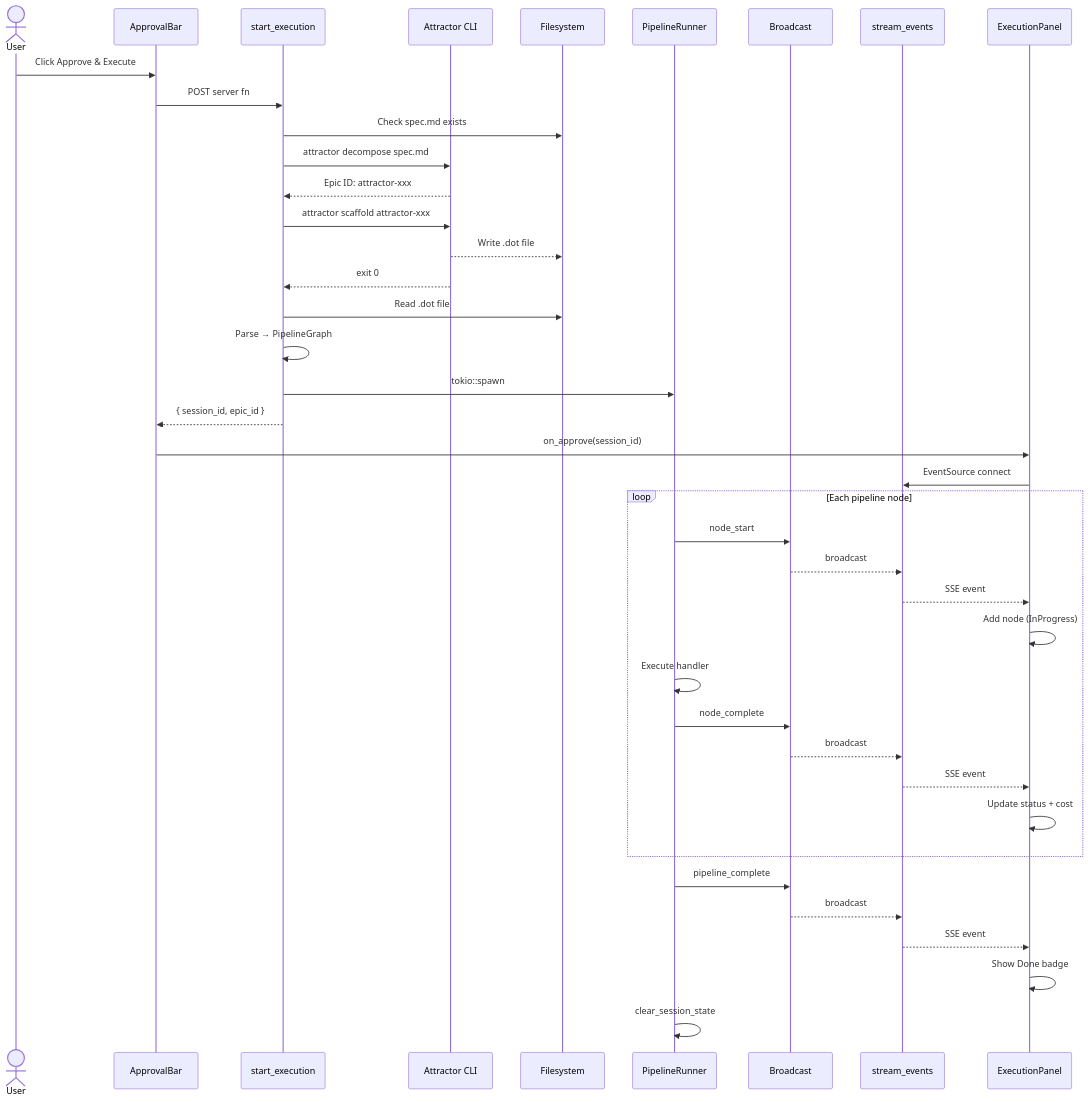
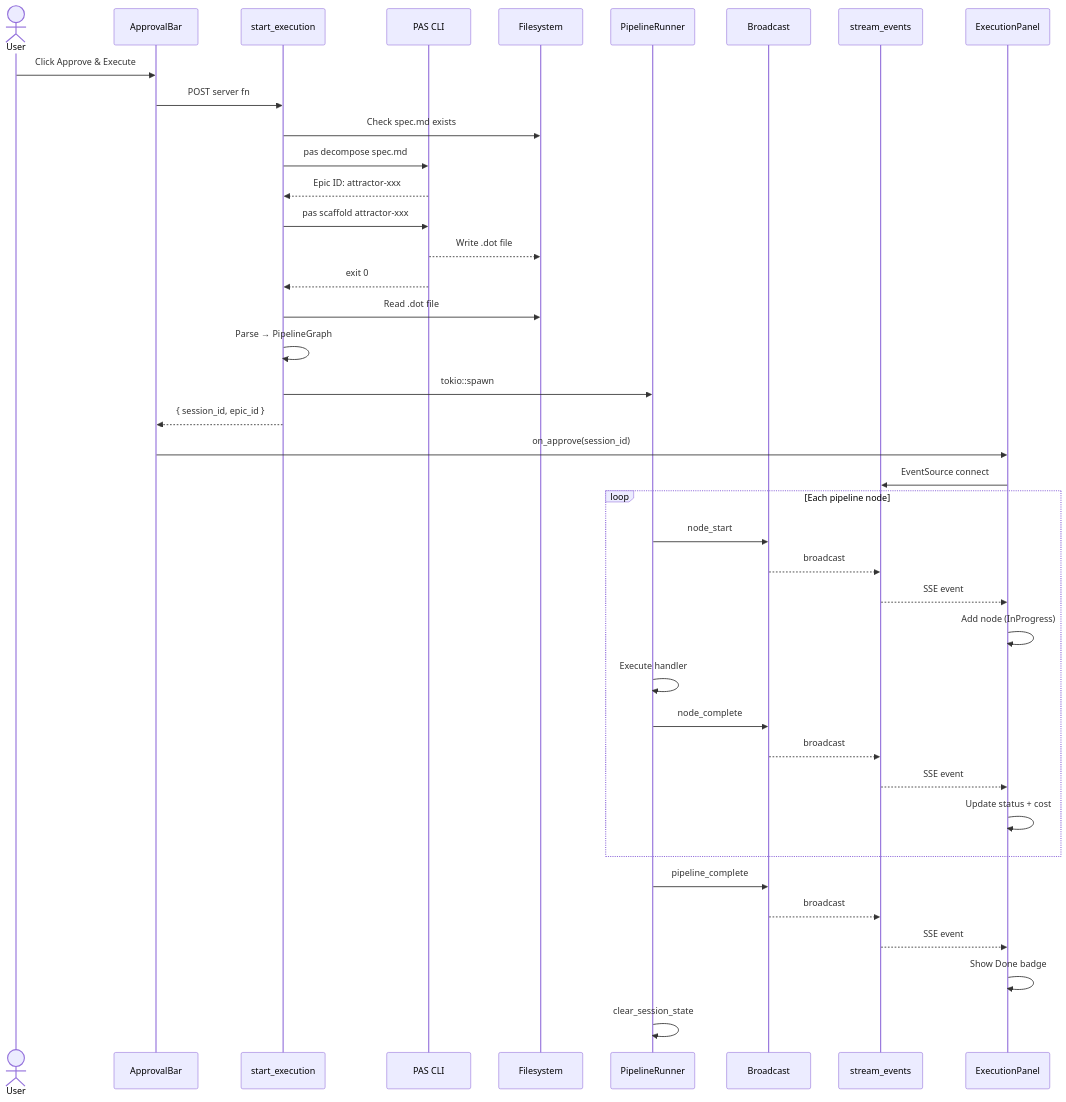
Before and after one commit to citadelgrad/connect-the-bots: the fourth of 4 diagrams in docs/accept-execute-c4.md, drawn with Mermaid. The commit also changed other lines of this file and 38 other files, not shown here.

````diff
--- a/docs/accept-execute-c4.md
+++ b/docs/accept-execute-c4.md
@@ -134,51 +134,51 @@
 ```mermaid
 sequenceDiagram
     actor User
     participant AB as ApprovalBar
     participant SE as start_execution
-    participant CLI as Attractor CLI
+    participant CLI as PAS CLI
     participant FS as Filesystem
     participant PR as PipelineRunner
     participant BC as Broadcast
     participant SSE as stream_events
     participant EP as ExecutionPanel
 
     User->>AB: Click Approve & Execute
     AB->>SE: POST server fn
 
     SE->>FS: Check spec.md exists
-    SE->>CLI: attractor decompose spec.md
+    SE->>CLI: pas decompose spec.md
     CLI-->>SE: Epic ID: attractor-xxx
 
-    SE->>CLI: attractor scaffold attractor-xxx
+    SE->>CLI: pas scaffold attractor-xxx
     CLI-->>FS: Write .dot file
     CLI-->>SE: exit 0
 
     SE->>FS: Read .dot file
     SE->>SE: Parse → PipelineGraph
     SE->>PR: tokio::spawn
     SE-->>AB: { session_id, epic_id }
 
     AB->>EP: on_approve(session_id)
     EP->>SSE: EventSource connect
 
     loop Each pipeline node
         PR->>BC: node_start
         BC-->>SSE: broadcast
         SSE-->>EP: SSE event
         EP->>EP: Add node (InProgress)
 
         PR->>PR: Execute handler
 
         PR->>BC: node_complete
         BC-->>SSE: broadcast
         SSE-->>EP: SSE event
         EP->>EP: Update status + cost
     end
 
     PR->>BC: pipeline_complete
     BC-->>SSE: broadcast
     SSE-->>EP: SSE event
     EP->>EP: Show Done badge
     PR->>PR: clear_session_state
 ```
````
